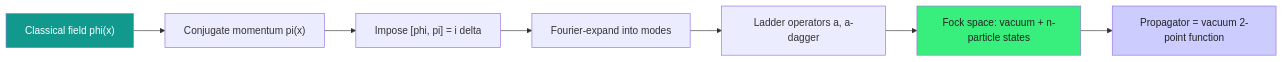
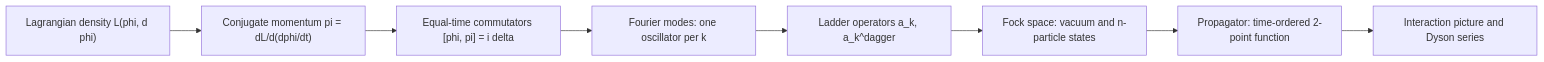
One commit to AndrewAltimit/Documentation changed the diagram in github-pages/docs/physics/qft-quantization.md. Above: the diagram before and after it, drawn with Mermaid. The commit also changed other lines of this file and 240 other files, not shown here.

````diff
--- a/github-pages/docs/physics/qft-quantization.md
+++ b/github-pages/docs/physics/qft-quantization.md
@@ -38,12 +18,10 @@
 ```mermaid
 graph LR
-    CL["Classical field phi(x)"] --> CONJ["Conjugate momentum pi(x)"]
-    CONJ --> COMM["Impose [phi, pi] = i delta"]
-    COMM --> EXP["Fourier-expand into modes"]
-    EXP --> LADDER["Ladder operators a, a-dagger"]
-    LADDER --> FOCK["Fock space: vacuum + n-particle states"]
-    FOCK --> PROP["Propagator = vacuum 2-point function"]
-    style CL fill:#11998e,color:#fff
-    style FOCK fill:#38ef7d,color:#222
-    style PROP fill:#ccf,color:#222
+    L["Lagrangian density L(phi, d phi)"] --> PI["Conjugate momentum pi = dL/d(dphi/dt)"]
+    PI --> CCR["Equal-time commutators [phi, pi] = i delta"]
+    CCR --> MODES["Fourier modes: one oscillator per k"]
+    MODES --> LAD["Ladder operators a_k, a_k^dagger"]
+    LAD --> FOCK["Fock space: vacuum and n-particle states"]
+    FOCK --> PROP["Propagator: time-ordered 2-point function"]
+    PROP --> INT["Interaction picture and Dyson series"]
 ```
````
